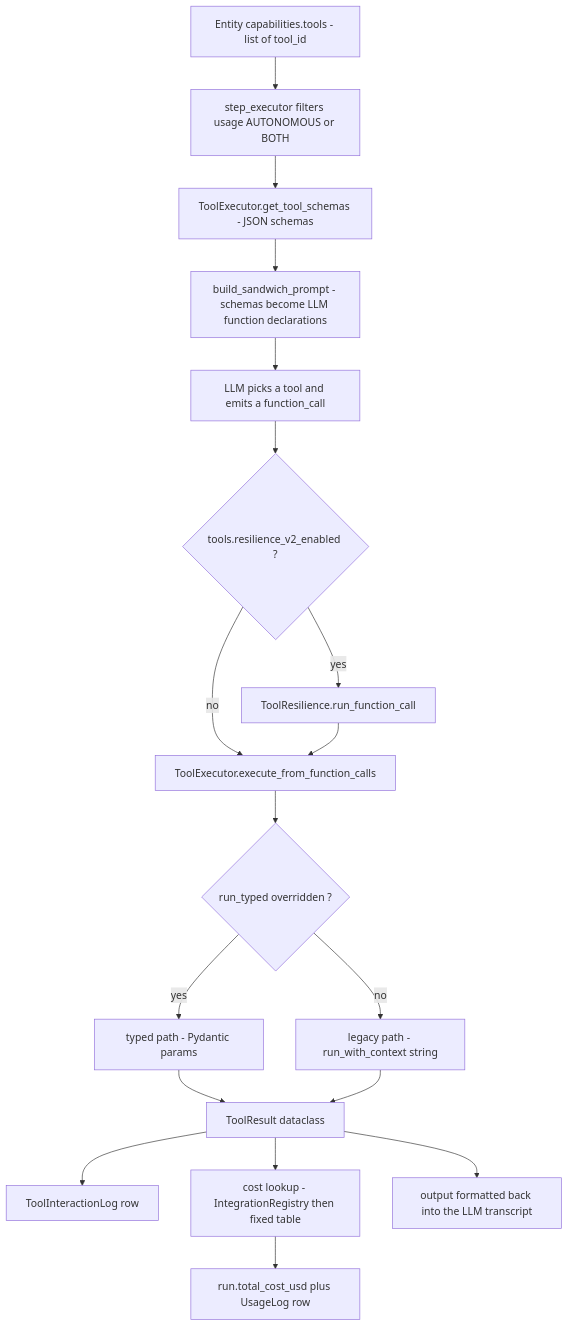
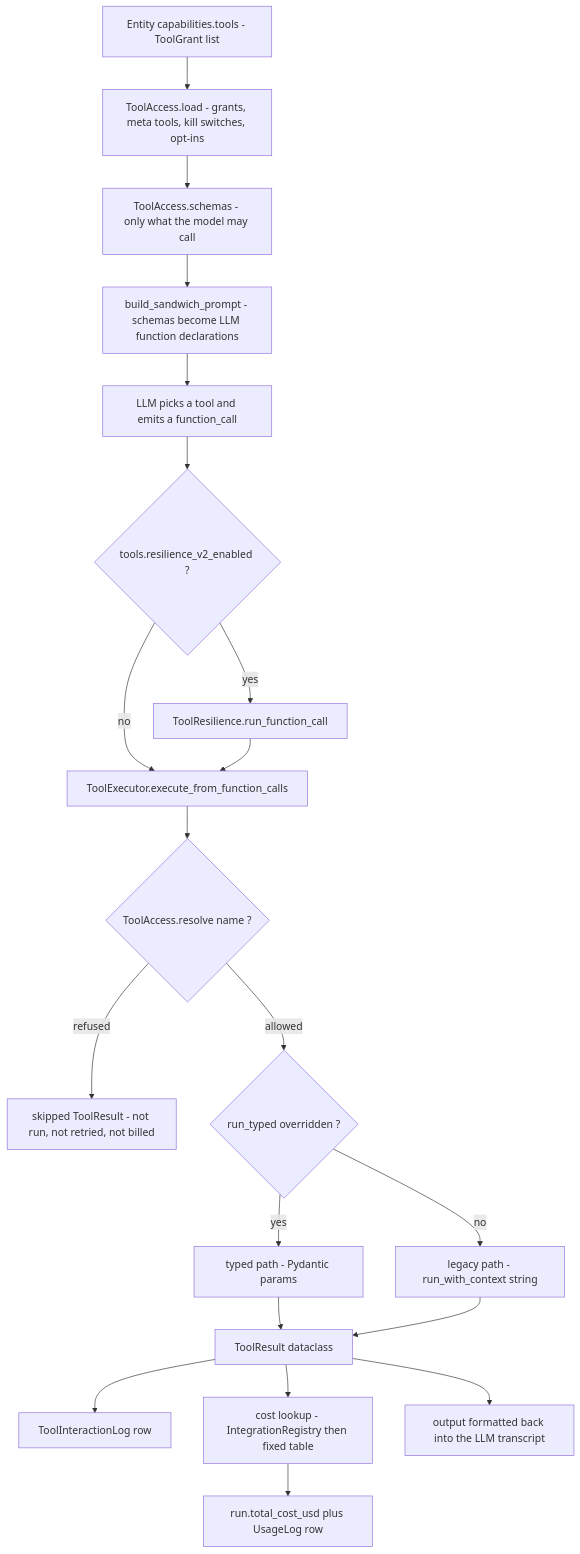
The first of 23 diagrams in docs/current/09-tools.md (gondolerahul/hire-buddha-app), drawn with Mermaid before and after one commit. The commit also changed other lines of this file and 23 other files, not shown here.

````diff
--- a/docs/current/09-tools.md
+++ b/docs/current/09-tools.md
@@ -56,20 +58,22 @@
 ```mermaid
 flowchart TD
-    A["Entity capabilities.tools - list of tool_id"] --> B["step_executor filters usage AUTONOMOUS or BOTH"]
-    B --> C["ToolExecutor.get_tool_schemas - JSON schemas"]
+    A["Entity capabilities.tools - ToolGrant list"] --> B["ToolAccess.load - grants, meta tools, kill switches, opt-ins"]
+    B --> C["ToolAccess.schemas - only what the model may call"]
     C --> D["build_sandwich_prompt - schemas become LLM function declarations"]
     D --> E["LLM picks a tool and emits a function_call"]
     E --> F{"tools.resilience_v2_enabled ?"}
     F -->|yes| G["ToolResilience.run_function_call"]
     F -->|no| H["ToolExecutor.execute_from_function_calls"]
     G --> H
-    H --> I{"run_typed overridden ?"}
+    H --> R{"ToolAccess.resolve name ?"}
+    R -->|refused| Z["skipped ToolResult - not run, not retried, not billed"]
+    R -->|allowed| I{"run_typed overridden ?"}
     I -->|yes| J["typed path - Pydantic params"]
     I -->|no| K["legacy path - run_with_context string"]
     J --> L["ToolResult dataclass"]
     K --> L
     L --> M["ToolInteractionLog row"]
     L --> N["cost lookup - IntegrationRegistry then fixed table"]
     N --> O["run.total_cost_usd plus UsageLog row"]
     L --> P["output formatted back into the LLM transcript"]
 ```
````
